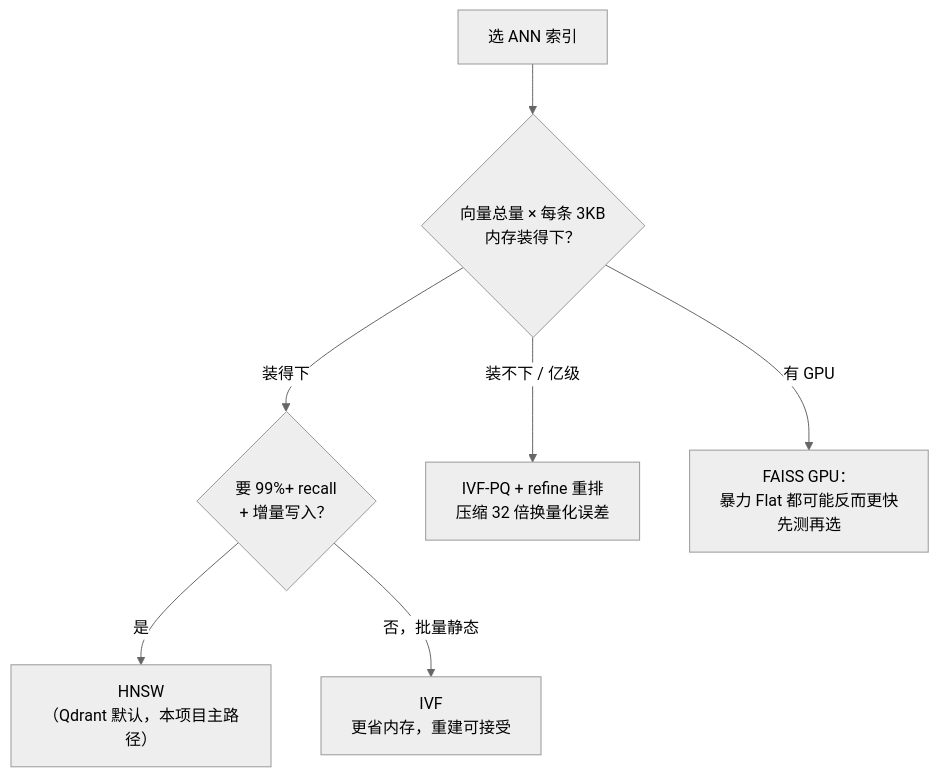
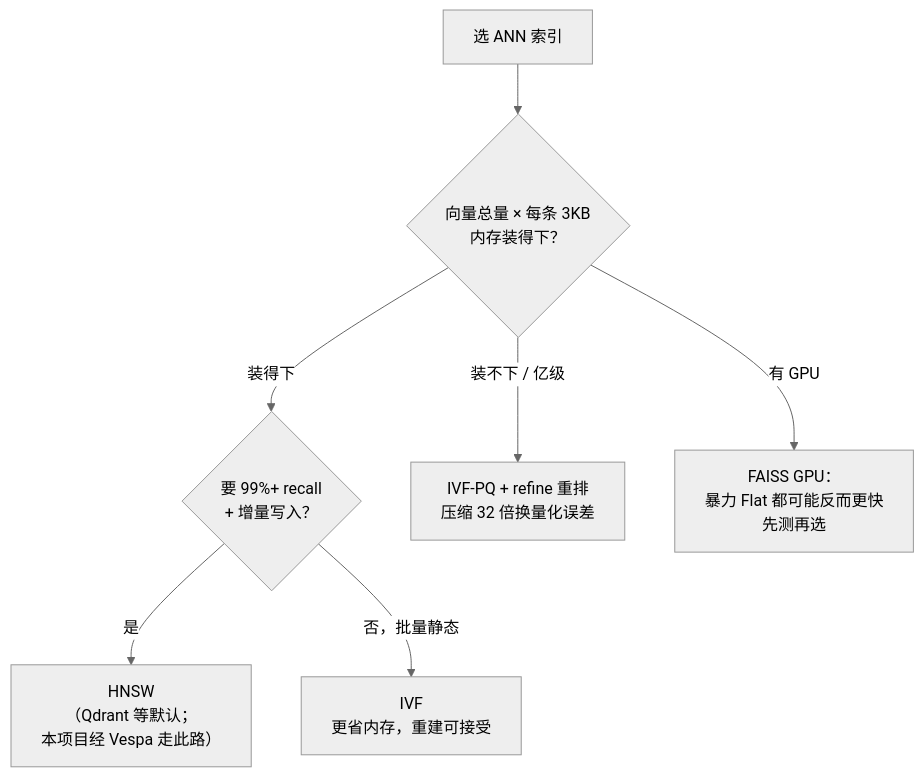
Before and after one commit to Osmond-Xin/LearnArken: the third of 3 diagrams in docs/tutorials/03-embeddings-and-vector-search.md, drawn with Mermaid (neutral theme). The commit also changed other lines of this file and 9 other files, not shown here.

````diff
--- a/docs/tutorials/03-embeddings-and-vector-search.md
+++ b/docs/tutorials/03-embeddings-and-vector-search.md
@@ -107,9 +107,9 @@
 ```mermaid
 flowchart TD
     S["选 ANN 索引"] --> A{"向量总量 × 每条 3KB<br/>内存装得下？"}
     A -- "装得下" --> B{"要 99%+ recall<br/>+ 增量写入？"}
-    B -- 是 --> H["HNSW<br/>（Qdrant 默认，本项目主路径）"]
+    B -- 是 --> H["HNSW<br/>（Qdrant 等默认；<br/>本项目经 Vespa 走此路）"]
     B -- "否，批量静态" --> I["IVF<br/>更省内存，重建可接受"]
     A -- "装不下 / 亿级" --> P["IVF-PQ + refine 重排<br/>压缩 32 倍换量化误差"]
     A -- "有 GPU" --> G["FAISS GPU：<br/>暴力 Flat 都可能反而更快<br/>先测再选"]
 ```
````
